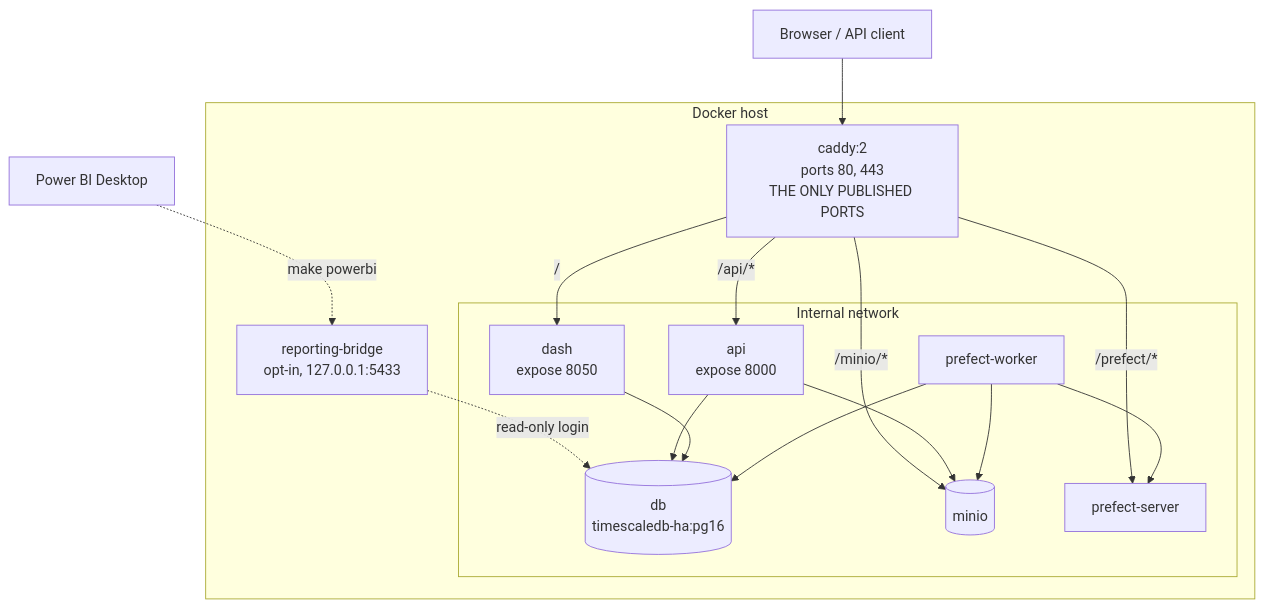
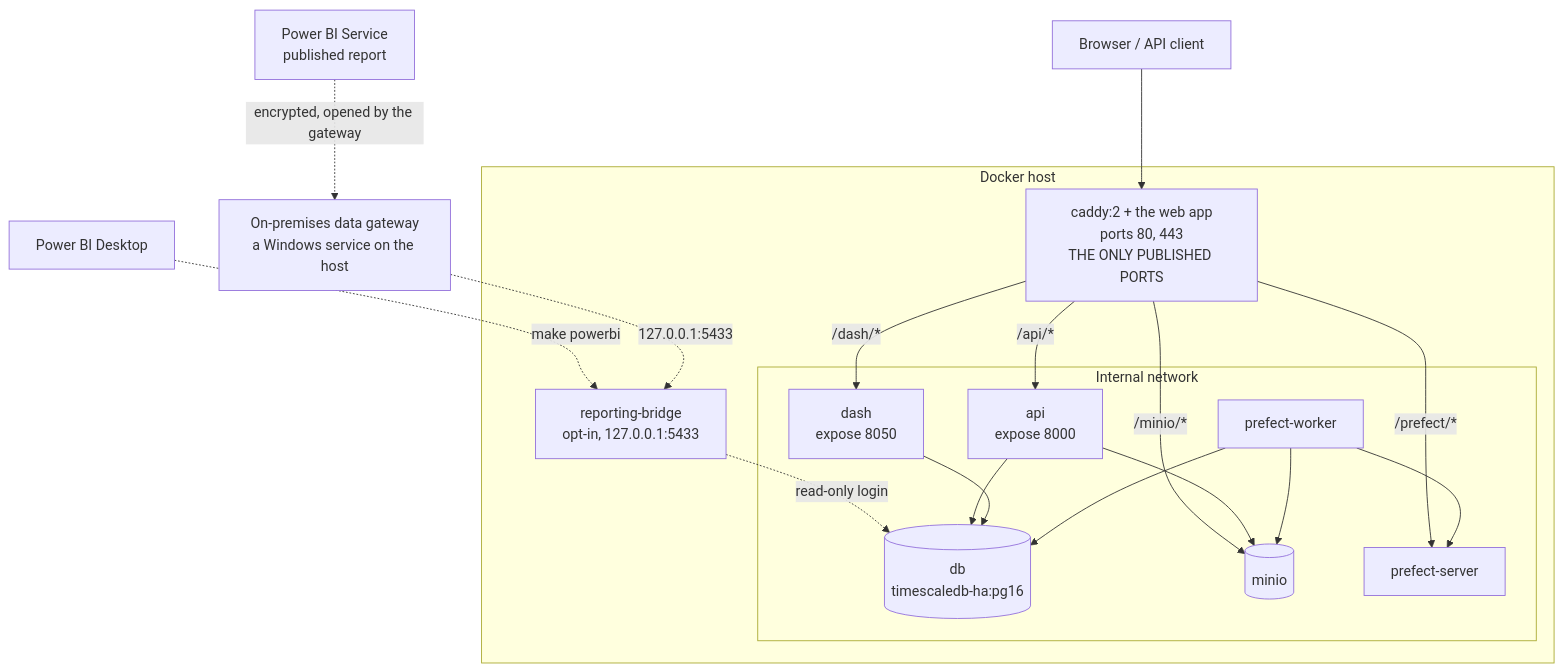
One commit to juanpablocarrillohortua/clarios_app changed the fourth of 4 diagrams in docs/architecture.md. Above: the diagram before and after it, drawn with Mermaid. The commit also changed other lines of this file and 46 other files, not shown here.

````diff
--- a/docs/architecture.md
+++ b/docs/architecture.md
@@ -337,36 +337,40 @@
 ```mermaid
 flowchart TB
     USER["Browser / API client"]
 
     subgraph host["Docker host"]
-        CADDY["caddy:2<br/>ports 80, 443<br/>THE ONLY PUBLISHED PORTS"]
+        CADDY["caddy:2 + the web app<br/>ports 80, 443<br/>THE ONLY PUBLISHED PORTS"]
 
         subgraph internal["Internal network"]
             API["api<br/>expose 8000"]
             DASH["dash<br/>expose 8050"]
             DB[("db<br/>timescaledb-ha:pg16")]
             MINIO[("minio")]
             PS["prefect-server"]
             PW["prefect-worker"]
         end
 
         BRIDGE["reporting-bridge<br/>opt-in, 127.0.0.1:5433"]
     end
 
     PBI["Power BI Desktop"]
+    GW["On-premises data gateway<br/>a Windows service on the host"]
+    PBIS["Power BI Service<br/>published report"]
 
     USER --> CADDY
     PBI -.->|"make powerbi"| BRIDGE
+    PBIS -.->|"encrypted, opened by the gateway"| GW
+    GW -.->|"127.0.0.1:5433"| BRIDGE
     BRIDGE -.->|"read-only login"| DB
     CADDY -->|/api/*| API
-    CADDY -->|/| DASH
+    CADDY -->|/dash/*| DASH
     CADDY -->|/prefect/*| PS
     CADDY -->|/minio/*| MINIO
 
     API --> DB
     API --> MINIO
     DASH --> DB
     PW --> PS
     PW --> DB
     PW --> MINIO
 ```
````
